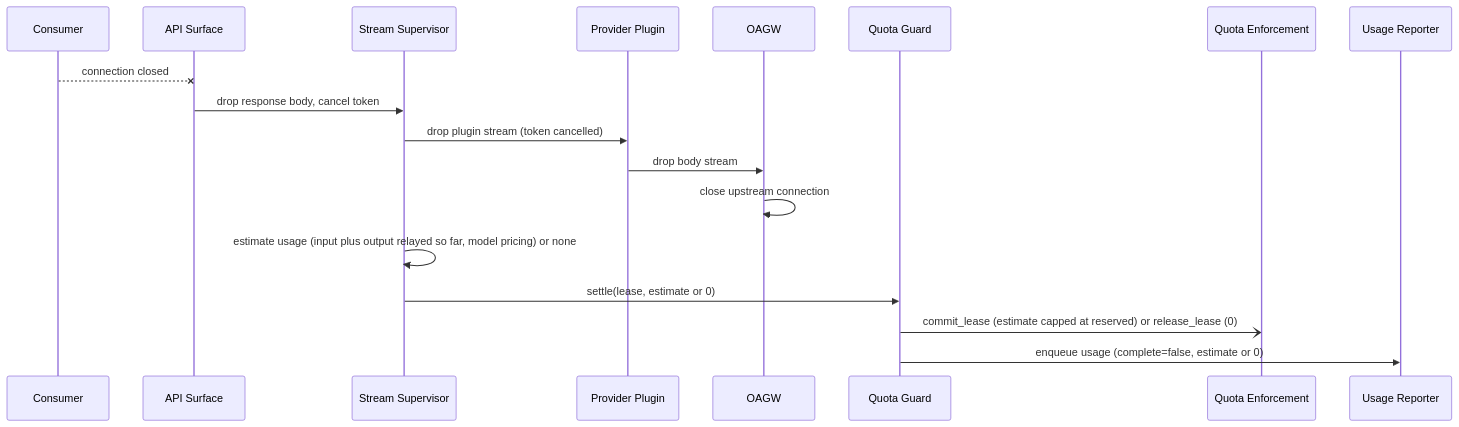
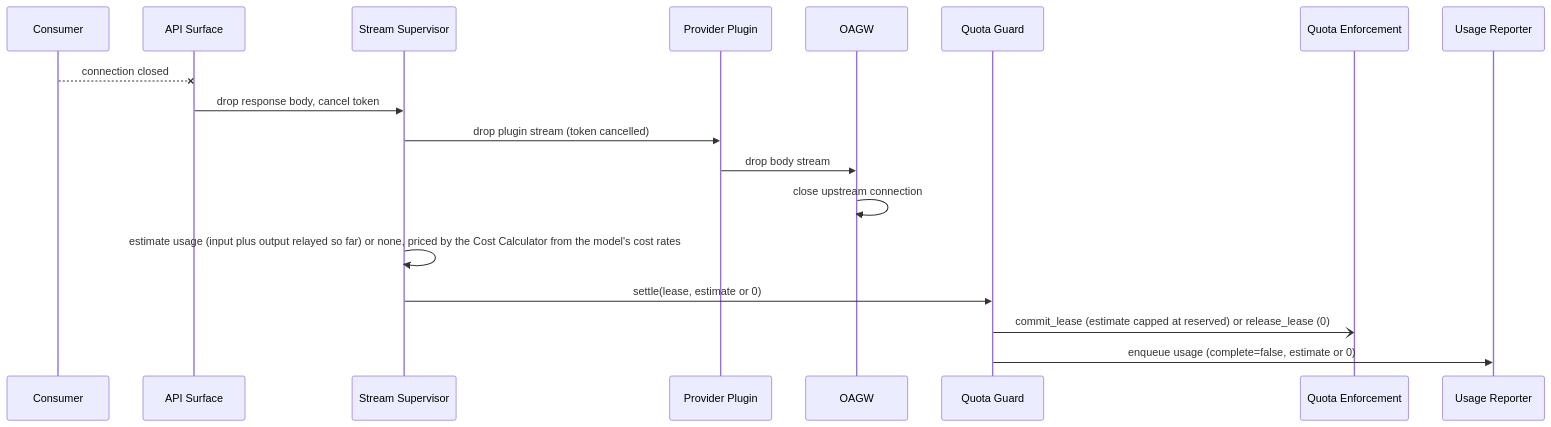
Before and after one commit to constructorfabric/gears-rust: the fifth of 15 diagrams in gears/llm-gateway/docs/DESIGN.md, drawn with Mermaid. The commit also changed other lines of this file and 11 other files, not shown here.

````diff
--- a/gears/llm-gateway/docs/DESIGN.md
+++ b/gears/llm-gateway/docs/DESIGN.md
@@ -903,20 +914,20 @@
 ```mermaid
 sequenceDiagram
     participant C as Consumer
     participant API as API Surface
     participant S as Stream Supervisor
     participant PL as Provider Plugin
     participant O as OAGW
     participant QG as Quota Guard
     participant QE as Quota Enforcement
     participant UR as Usage Reporter
     C--xAPI: connection closed
     API->>S: drop response body, cancel token
     S->>PL: drop plugin stream (token cancelled)
     PL->>O: drop body stream
     O->>O: close upstream connection
-    S->>S: estimate usage (input plus output relayed so far, model pricing) or none
+    S->>S: estimate usage (input plus output relayed so far) or none, priced by the Cost Calculator from the model's cost rates
     S->>QG: settle(lease, estimate or 0)
     QG-)QE: commit_lease (estimate capped at reserved) or release_lease (0)
     QG->>UR: enqueue usage (complete=false, estimate or 0)
 ```
````
